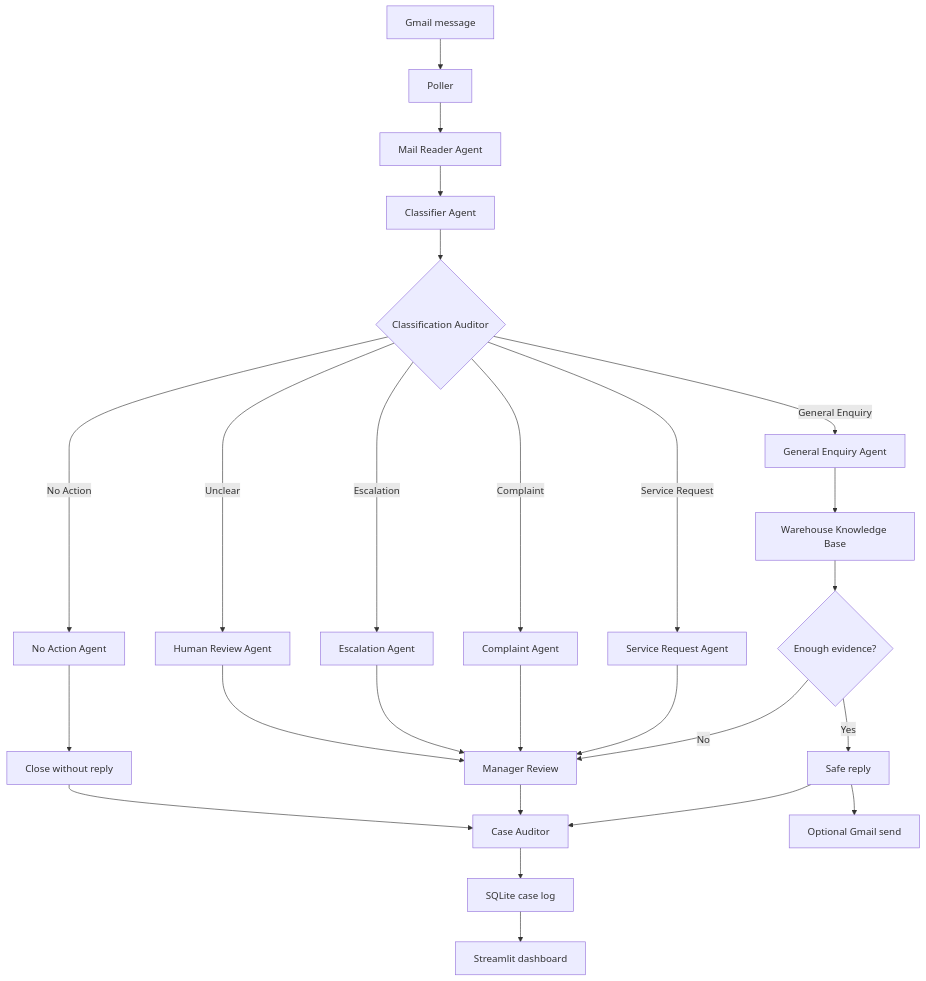
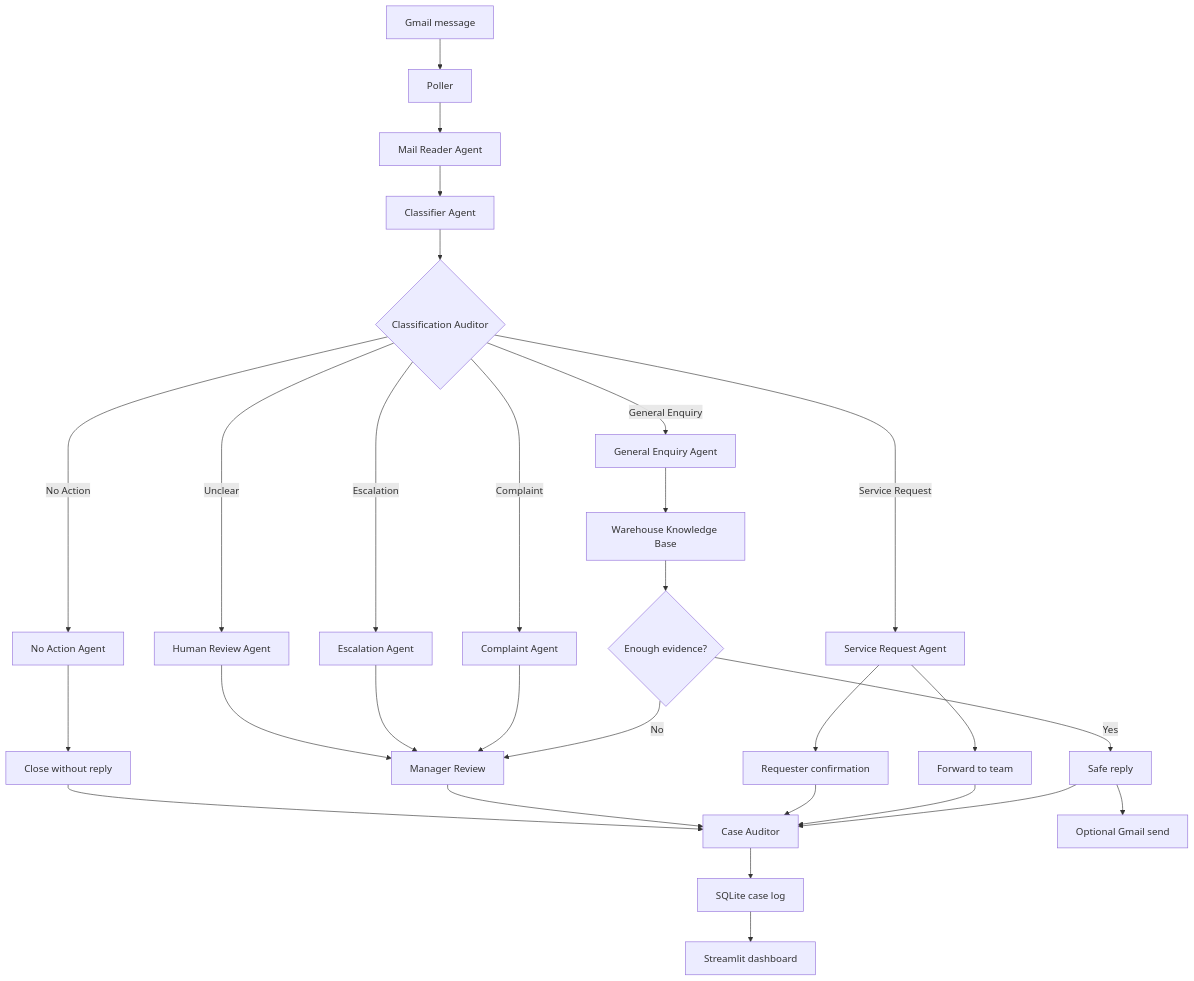
One commit to its-me-navee/Inbox-AI changed the diagram in README.md. Above: the diagram before and after it, drawn with Mermaid. The commit also changed other lines of this file and 14 other files, not shown here.

Commit message:
Improved team routed case

````diff
--- a/README.md
+++ b/README.md
@@ -57,33 +63,36 @@
 ```mermaid
 flowchart TD
     gmail["Gmail message"] --> poller["Poller"]
     poller --> reader["Mail Reader Agent"]
     reader --> classifier["Classifier Agent"]
     classifier --> classAudit{"Classification Auditor"}
 
     classAudit -->|"General Enquiry"| general["General Enquiry Agent"]
     classAudit -->|"Service Request"| service["Service Request Agent"]
     classAudit -->|"Complaint"| complaint["Complaint Agent"]
     classAudit -->|"Escalation"| escalation["Escalation Agent"]
     classAudit -->|"No Action"| noAction["No Action Agent"]
     classAudit -->|"Unclear"| unknown["Human Review Agent"]
 
     general --> kb["Warehouse Knowledge Base"]
     kb --> evidence{"Enough evidence?"}
     evidence -->|"Yes"| safeReply["Safe reply"]
     evidence -->|"No"| managerReview["Manager Review"]
 
-    service --> managerReview
+    service --> routeTeam["Forward to team"]
+    service --> requesterConfirm["Requester confirmation"]
     complaint --> managerReview
     escalation --> managerReview
     unknown --> managerReview
     noAction --> close["Close without reply"]
 
     safeReply --> caseAudit["Case Auditor"]
+    routeTeam --> caseAudit
+    requesterConfirm --> caseAudit
     managerReview --> caseAudit
     close --> caseAudit
 
     caseAudit --> sqlite["SQLite case log"]
     sqlite --> dashboard["Streamlit dashboard"]
     safeReply --> gmailSend["Optional Gmail send"]
 ```
````
